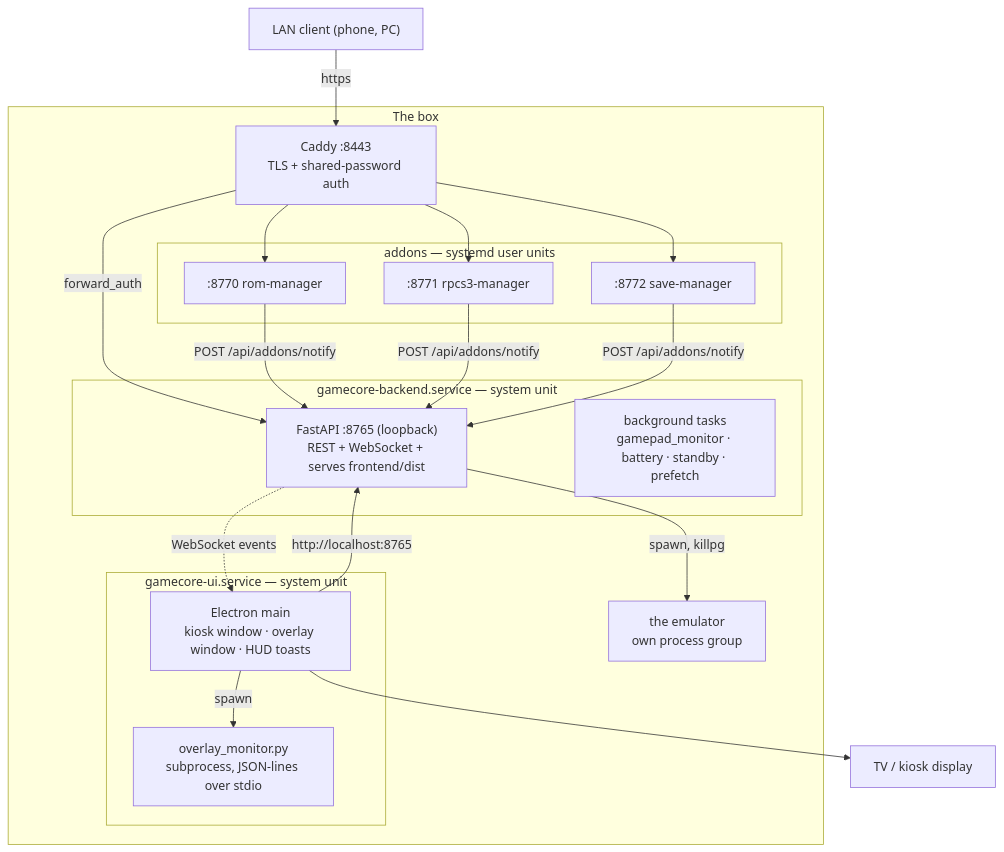
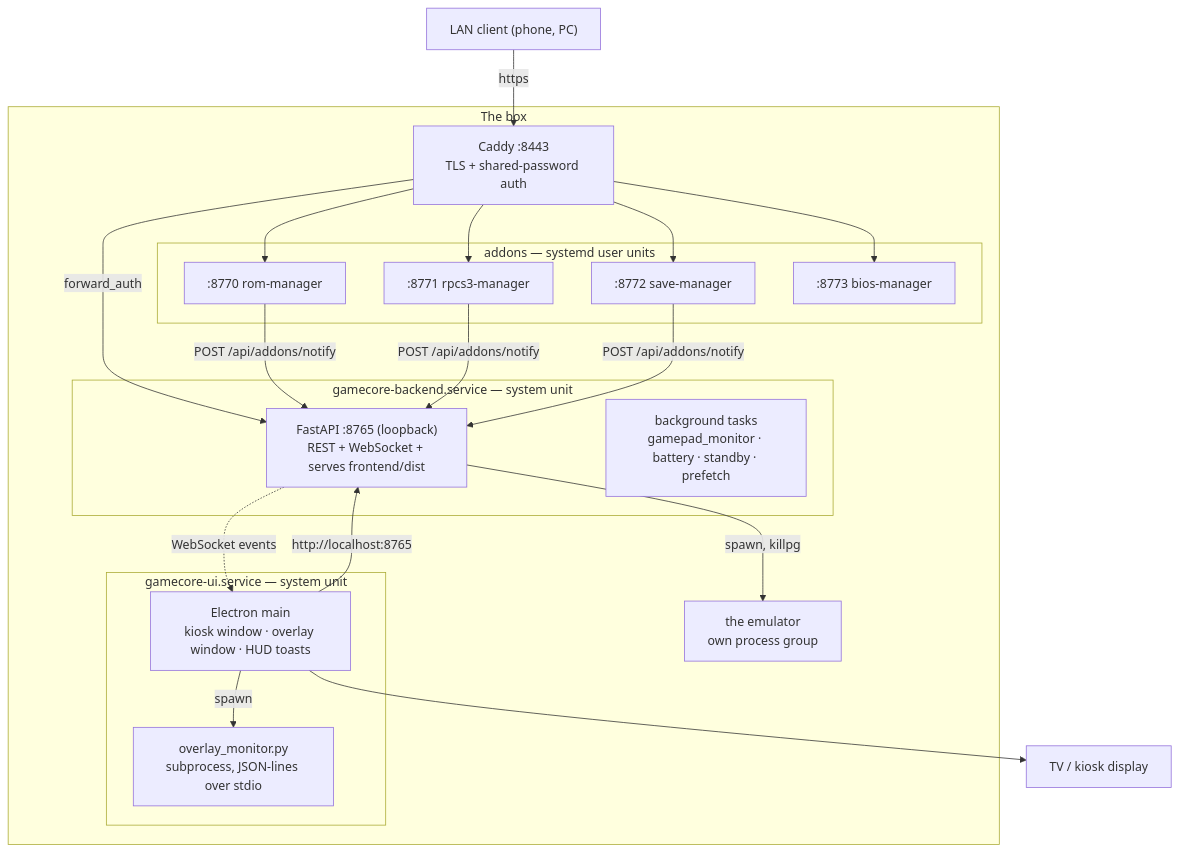
The diagram in docs/architecture/README.md (p4v1c/GamecoreRenew), drawn with Mermaid before and after one commit. The commit also changed 5 other files, not shown here.

First line of the commit message:
feat(caddy): route /bios to the bios-manager addon

````diff
--- a/docs/architecture/README.md
+++ b/docs/architecture/README.md
@@ -52,33 +52,34 @@
 ```mermaid
 flowchart TB
     subgraph box["The box"]
         subgraph be["gamecore-backend.service — system unit"]
             api["FastAPI :8765 (loopback)<br/>REST + WebSocket + serves frontend/dist"]
             tasks["background tasks<br/>gamepad_monitor · battery · standby · prefetch"]
         end
         subgraph ui["gamecore-ui.service — system unit"]
             main["Electron main<br/>kiosk window · overlay window · HUD toasts"]
             mon["overlay_monitor.py<br/>subprocess, JSON-lines over stdio"]
         end
         emu["the emulator<br/>own process group"]
         subgraph addons["addons — systemd user units"]
             a1[":8770 rom-manager"]
             a2[":8771 rpcs3-manager"]
             a3[":8772 save-manager"]
+            a4[":8773 bios-manager"]
         end
         caddy["Caddy :8443<br/>TLS + shared-password auth"]
     end
 
     tv["TV / kiosk display"]
     lan["LAN client (phone, PC)"]
 
     main -->|"http://localhost:8765"| api
     main -->|spawn| mon
     main --> tv
     api -->|spawn, killpg| emu
     api -.->|WebSocket events| main
     lan -->|https| caddy
     caddy -->|forward_auth| api
-    caddy --> a1 & a2 & a3
+    caddy --> a1 & a2 & a3 & a4
     a1 & a2 & a3 -->|"POST /api/addons/notify"| api
 ```
````
